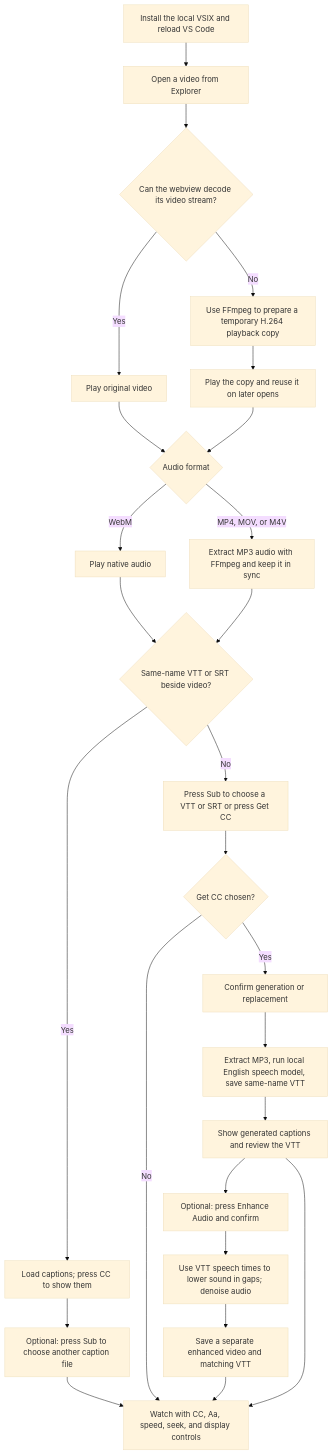
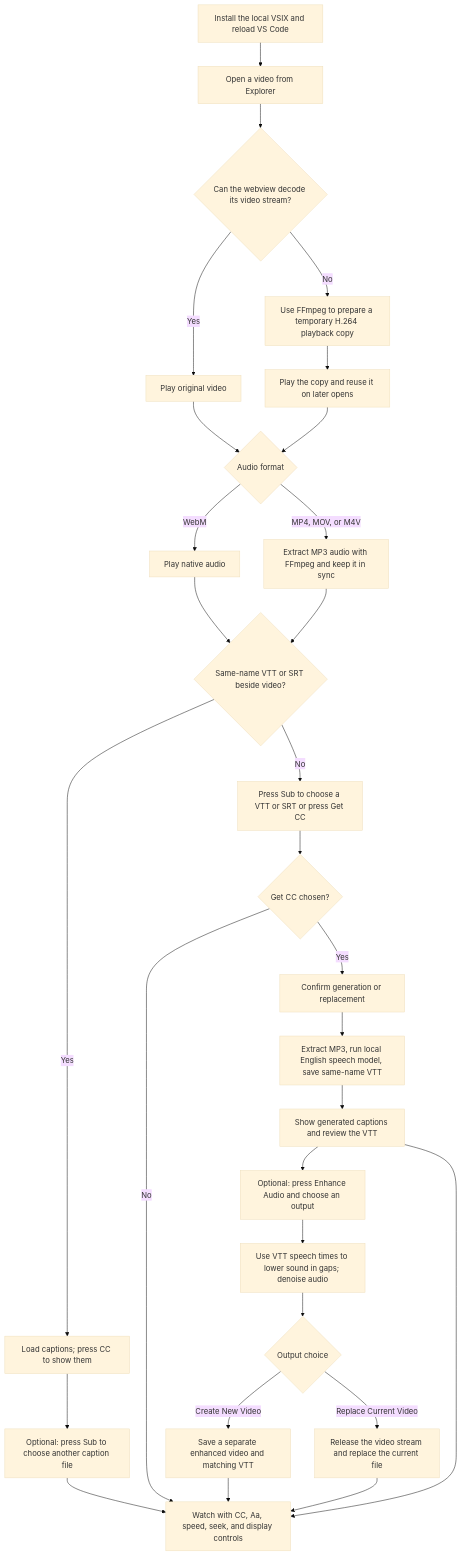
Before and after one commit to ThanhNVan/ml: the diagram in tools/vscode-video-player/readme.md, drawn with Mermaid (base theme). The commit also changed other lines of this file and 6 other files, not shown here.

````diff
--- a/tools/vscode-video-player/readme.md
+++ b/tools/vscode-video-player/readme.md
@@ -25,28 +25,31 @@
 ```mermaid
 flowchart TD
     A[Install the local VSIX and reload VS Code] --> B[Open a video from Explorer]
     B --> C{Can the webview decode its video stream?}
     C -- Yes --> D[Play original video]
     C -- No --> E[Use FFmpeg to prepare a temporary H.264 playback copy]
     E --> F[Play the copy and reuse it on later opens]
     D --> G{Audio format}
     F --> G
     G -- WebM --> H[Play native audio]
     G -- MP4, MOV, or M4V --> I[Extract MP3 audio with FFmpeg and keep it in sync]
     H --> J{Same-name VTT or SRT beside video?}
     I --> J
     J -- Yes --> K[Load captions; press CC to show them]
     J -- No --> L[Press Sub to choose a VTT or SRT or press Get CC]
     K --> M[Optional: press Sub to choose another caption file]
     L --> N{Get CC chosen?}
     N -- No --> R
     N -- Yes --> O[Confirm generation or replacement]
     O --> P[Extract MP3, run local English speech model, save same-name VTT]
     P --> Q[Show generated captions and review the VTT]
-    Q --> S[Optional: press Enhance Audio and confirm]
+    Q --> S[Optional: press Enhance Audio and choose an output]
     S --> T[Use VTT speech times to lower sound in gaps; denoise audio]
-    T --> U[Save a separate enhanced video and matching VTT]
-    U --> R
+    T --> U{Output choice}
+    U -- Create New Video --> V[Save a separate enhanced video and matching VTT]
+    U -- Replace Current Video --> W[Release the video stream and replace the current file]
+    V --> R
+    W --> R
     M --> R[Watch with CC, Aa, speed, seek, and display controls]
     Q --> R
 ```
````
